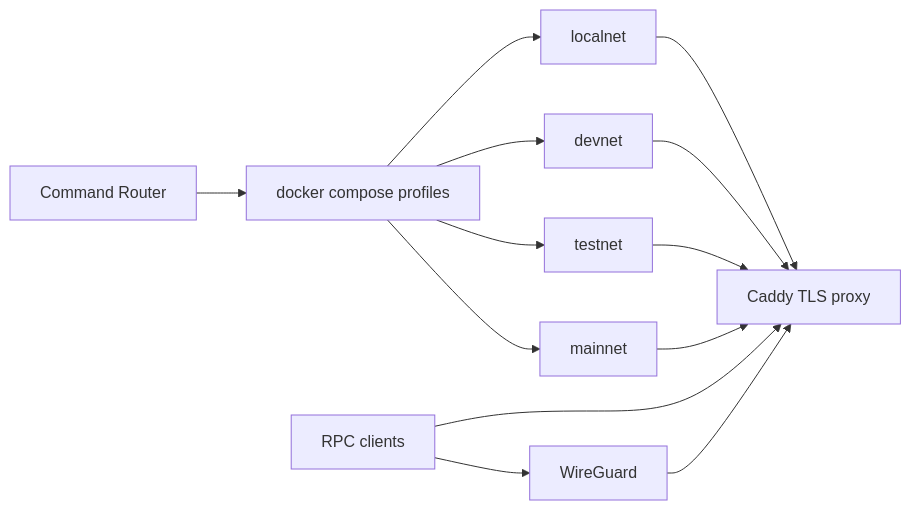
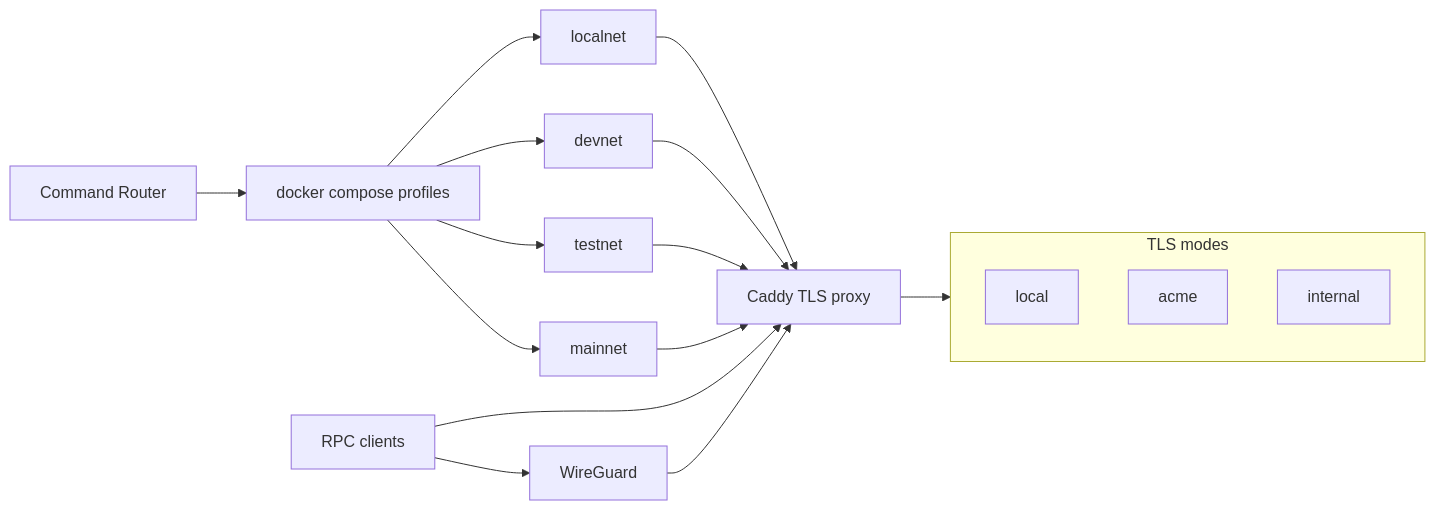
The fifth of 6 diagrams in README.md (Silicium-Project/Fusion), drawn with Mermaid before and after one commit. The commit also changed other lines of this file, not shown here.

Commit message:
Add detailed macro and zoom architecture diagrams

````diff
--- a/README.md
+++ b/README.md
@@ -84,14 +137,21 @@
 ```mermaid
 flowchart LR
   Cmds["Command Router"] --> Compose["docker compose profiles"]
   Compose --> Localnet["localnet"]
   Compose --> Devnet["devnet"]
   Compose --> Testnet["testnet"]
   Compose --> Mainnet["mainnet"]
   Localnet --> Proxy["Caddy TLS proxy"]
   Devnet --> Proxy
   Testnet --> Proxy
   Mainnet --> Proxy
   Clients["RPC clients"] --> Proxy
   Clients --> Wireguard["WireGuard"] --> Proxy
+
+  subgraph TLS["TLS modes"]
+    Local["local"]
+    Acme["acme"]
+    Internal["internal"]
+  end
+  Proxy --> TLS
 ```
````
